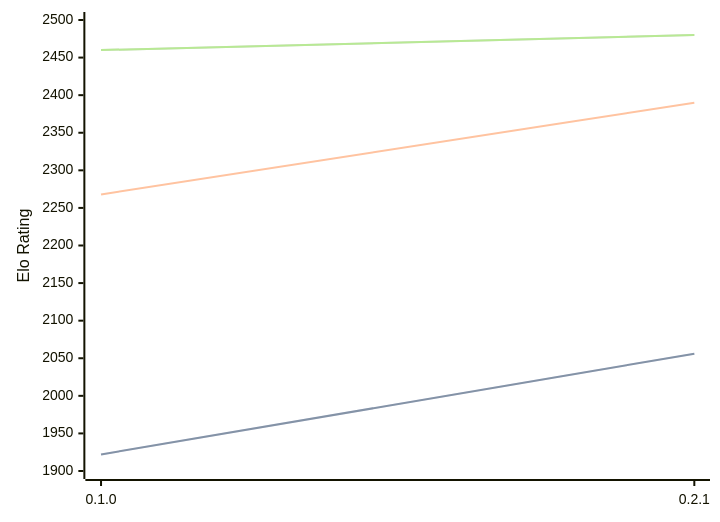
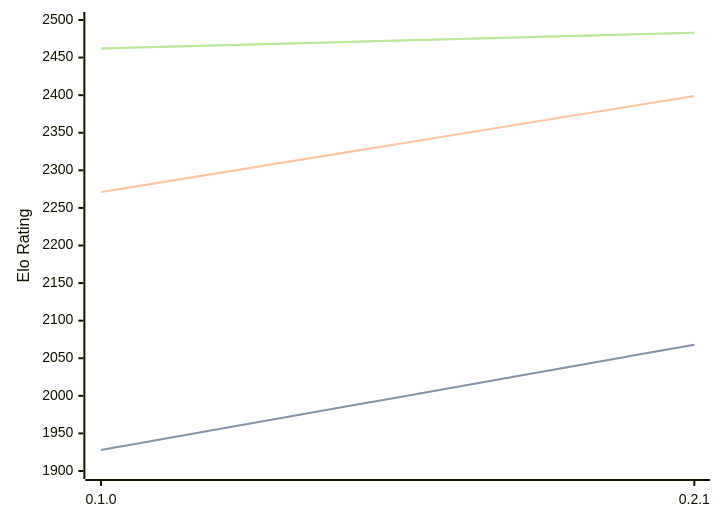
One commit to computer-chess-index/cci changed the diagram in engines/Sykora.md. Above: the diagram before and after it, drawn with Mermaid. The commit also changed other lines of this file, not shown here.

Commit message:
Update CCI Ratings (ELO VLTC) - 2026-05-02

````diff
--- a/engines/Sykora.md
+++ b/engines/Sykora.md
@@ -33,11 +33,11 @@
 ```mermaid
 %%{init: {"theme":"base","themeVariables":{"seriesColors:['#a3a3a3','#222221','#faa371']}}}%%
 xychart-beta
   x-axis ["0.1.0", "0.2.1"]
   y-axis "Elo Rating" 1900 --> 2500
-  line "STC (8.0+0.08s)" [1922, 2056]
-  line "STC (8.0+0.08s)" [1922, 2056]
-  line "LTC (60.0+0.60s)" [2268, 2390]
-  line "VLTC (2m24s+1.12s)" [2460, 2480]
-  line "VLTC (2m24s+1.12s)" [2460, 2480]
+  line "STC (8.0+0.08s)" [1928, 2068]
+  line "STC (8.0+0.08s)" [1928, 2068]
+  line "LTC (60.0+0.60s)" [2271, 2399]
+  line "VLTC (2m24s+1.12s)" [2462, 2483]
+  line "VLTC (2m24s+1.12s)" [2462, 2483]
 ```
````
